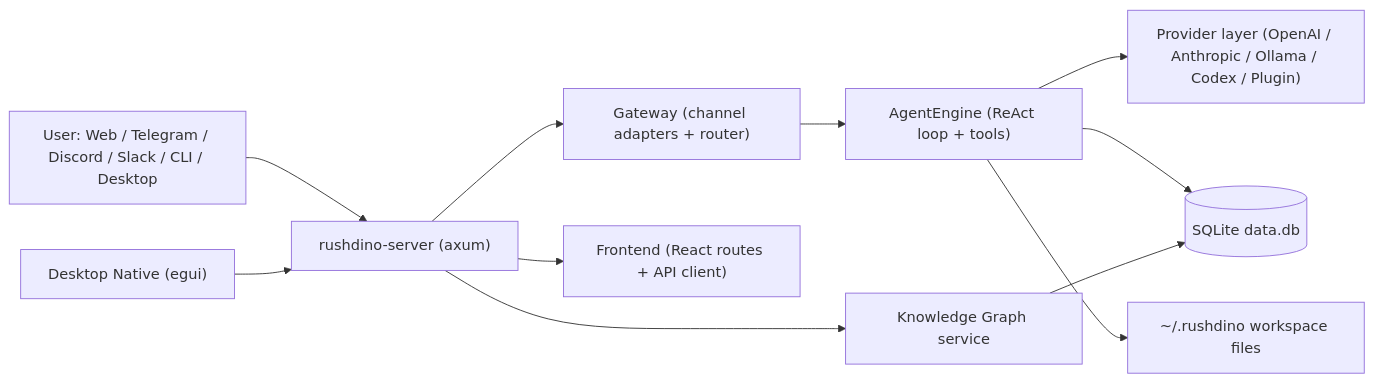
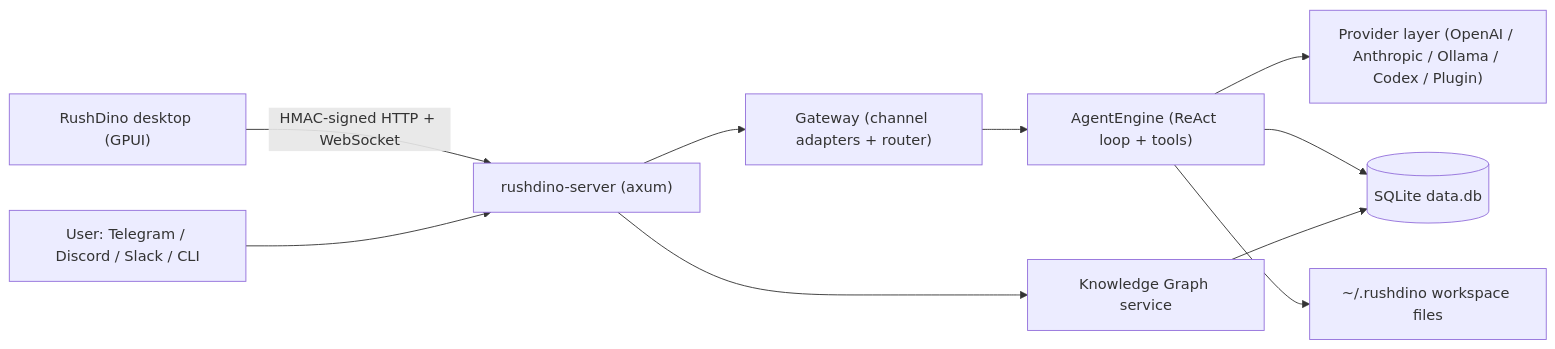
Before and after one commit to kienhaminh/rush_dino: the diagram in docs/references/architecture/concepts/system-overview.md, drawn with Mermaid. The commit also changed other lines of this file and 21 other files, not shown here.

Commit message:
docs: refresh guides, architecture references, and agent guidance

````diff
--- a/docs/references/architecture/concepts/system-overview.md
+++ b/docs/references/architecture/concepts/system-overview.md
@@ -12,13 +12,12 @@
 ```mermaid
 flowchart LR
-  U["User: Web / Telegram / Discord / Slack / CLI / Desktop"] --> S["rushdino-server (axum)"]
+  D["RushDino desktop (GPUI)"] -->|"HMAC-signed HTTP + WebSocket"| S["rushdino-server (axum)"]
+  U["User: Telegram / Discord / Slack / CLI"] --> S
   S --> G["Gateway (channel adapters + router)"]
   G --> E["AgentEngine (ReAct loop + tools)"]
   E --> P["Provider layer (OpenAI / Anthropic / Ollama / Codex / Plugin)"]
   E --> DB[(SQLite data.db)]
   E --> HOME["~/.rushdino workspace files"]
-  S --> FE["Frontend (React routes + API client)"]
-  D["Desktop Native (egui)"] --> S
   S --> KG["Knowledge Graph service"]
   KG --> DB
 ```
````
